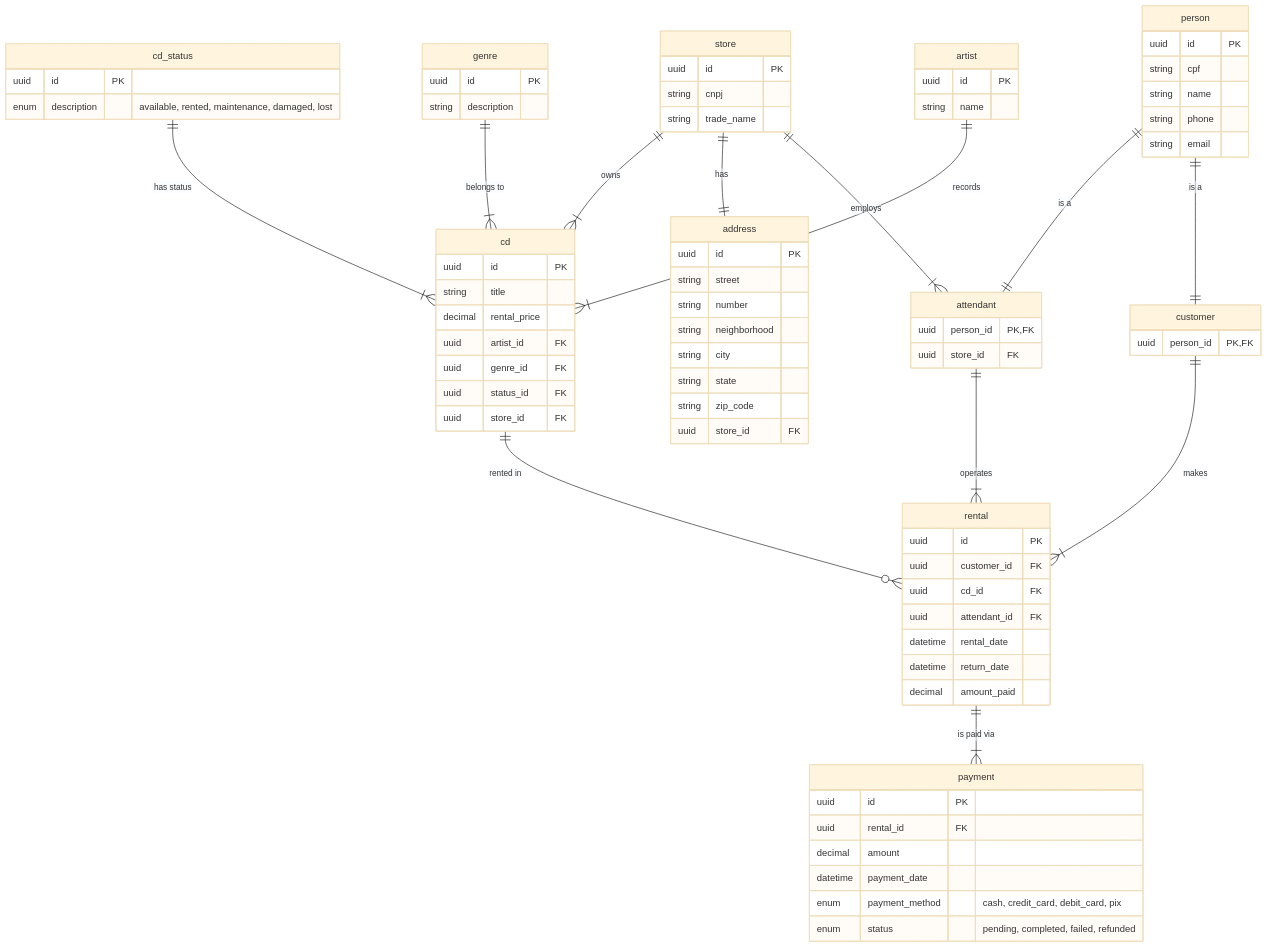
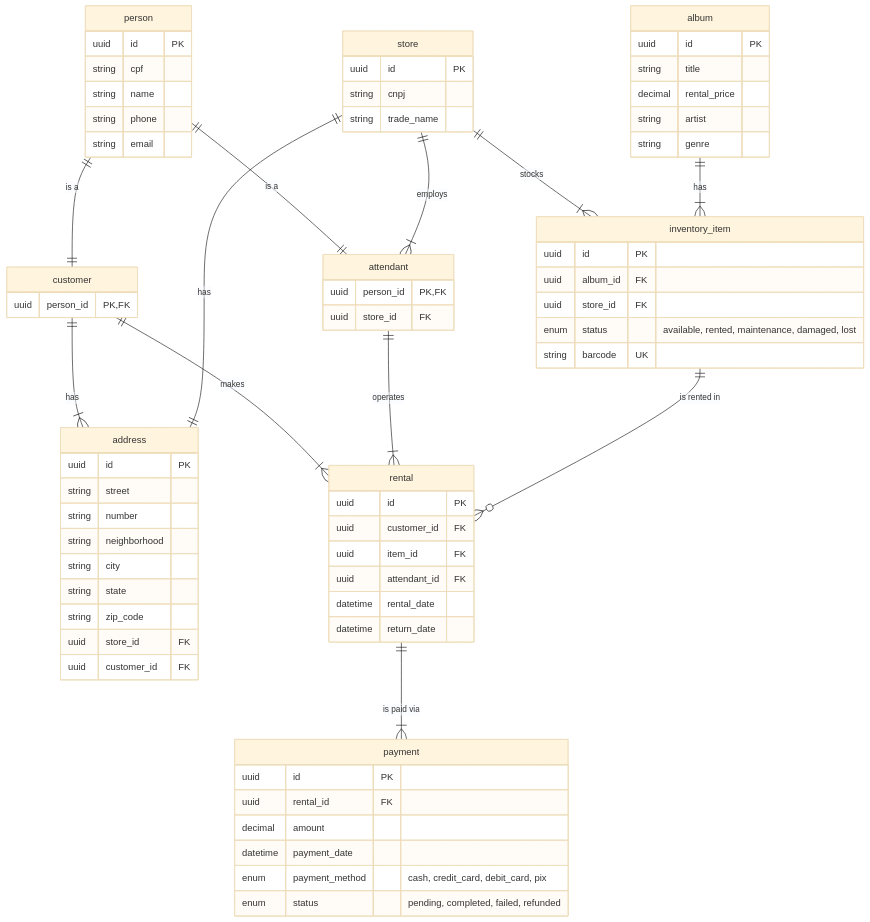
Before and after one commit to joaomarcosmb/cd-rental: the diagram in README.md, drawn with Mermaid (base theme). The commit also changed 24 other files, not shown here.

````diff
--- a/README.md
+++ b/README.md
@@ -33,41 +33,32 @@
         string state
         string zip_code
         uuid store_id FK
+        uuid customer_id FK
     }
 
-    cd {
+    album {
         uuid id PK
         string title
         decimal rental_price
-        uuid artist_id FK
-        uuid genre_id FK
-        uuid status_id FK
+        string artist
+        string genre
+    }
+
+    inventory_item {
+        uuid id PK
+        uuid album_id FK
         uuid store_id FK
+        enum status "available, rented, maintenance, damaged, lost"
+        string barcode UK
     }
 
     rental {
         uuid id PK
         uuid customer_id FK
-        uuid cd_id FK
+        uuid item_id FK
         uuid attendant_id FK
         datetime rental_date
         datetime return_date
-        decimal amount_paid
-    }
-
-    artist {
-        uuid id PK
-        string name
-    }
-
-    genre {
-        uuid id PK
-        string description
-    }
-
-    cd_status {
-        uuid id PK
-        enum description "available, rented, maintenance, damaged, lost"
     }
 
     payment {
@@ -81,18 +72,17 @@
 
     person ||--|| customer : "is a"
     person ||--|| attendant : "is a"
+
+    customer ||--|{ rental : "makes"
+    customer ||--|{ address : "has"
+    attendant ||--|{ rental : "operates"
     
     store ||--|{ attendant : "employs"
     store ||--|| address : "has"
-    store ||--|{ cd : "owns"
+    store ||--|{ inventory_item : "stocks"
 
-    artist ||--|{ cd : "records"
-    genre ||--|{ cd : "belongs to"
-    cd_status ||--|{ cd : "has status"
-
-    customer ||--|{ rental : "makes"
-    cd ||--o{ rental : "rented in"
-    attendant ||--|{ rental : "operates"
+    album ||--|{ inventory_item : "has"
+    inventory_item ||--o{ rental : "is rented in"
     
     rental ||--|{ payment : "is paid via"
 ```
````
